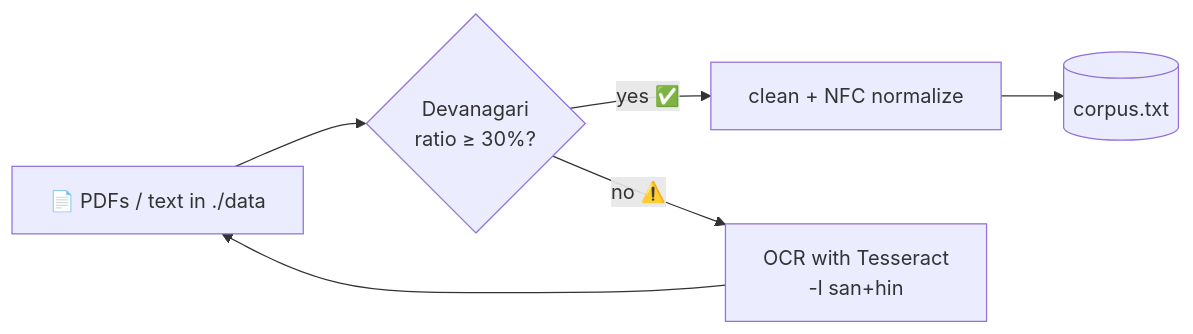
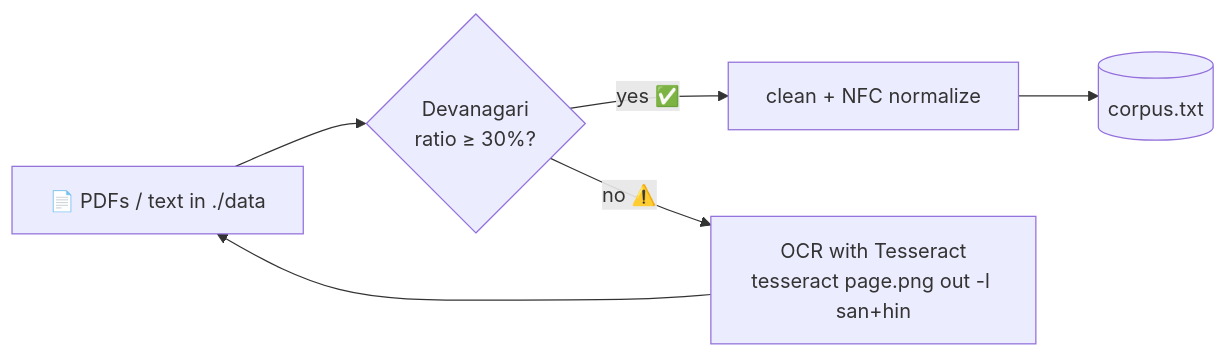
One commit to AmitXShukla/LLM changed the diagram in book/07-clean-data.md. Above: the diagram before and after it, drawn with Mermaid. The commit also changed other lines of this file and 15 other files, not shown here.

````diff
--- a/book/07-clean-data.md
+++ b/book/07-clean-data.md
@@ -165,6 +196,6 @@
 ```{mermaid}
 flowchart LR
     A[📄 PDFs / text in ./data] --> B{Devanagari<br/>ratio ≥ 30%?}
     B -->|yes ✅| C[clean + NFC normalize] --> D[(corpus.txt)]
-    B -->|no ⚠️| E[OCR with Tesseract<br/>-l san+hin] --> A
+    B -->|no ⚠️| E[OCR with Tesseract<br/>tesseract page.png out -l san+hin] --> A
 ```
````
